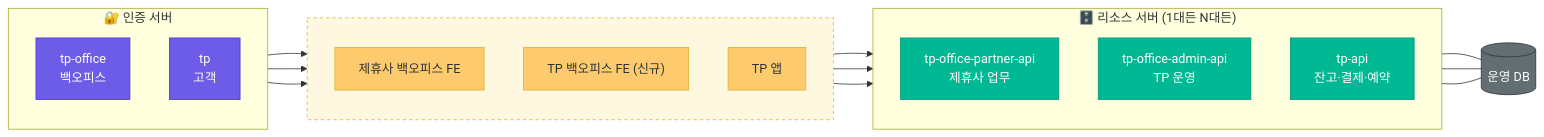
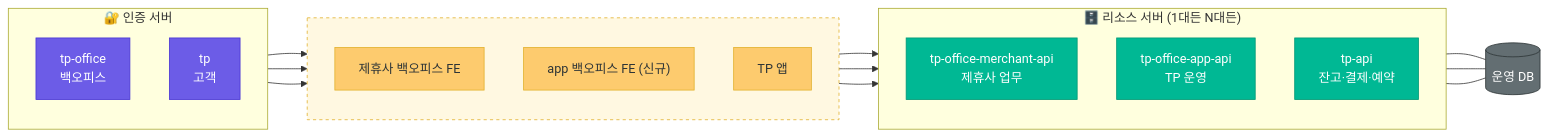
The fourth of 4 diagrams in docs/architecture-overview.md (crosshub-poc-backoffice/travelpass-backoffice-BE), drawn with Mermaid before and after one commit. The commit also changed other lines of this file and 17 other files, not shown here.

````diff
--- a/docs/architecture-overview.md
+++ b/docs/architecture-overview.md
@@ -201,38 +201,38 @@
 ```mermaid
 flowchart LR
   subgraph KC["🔐 인증 서버"]
     direction TB
     R1["tp-office<br/>백오피스"]
     R2["tp<br/>고객"]
   end
   subgraph CL[" "]
     direction TB
     PFE["제휴사 백오피스 FE"]
-    TFE["TP 백오피스 FE (신규)"]
+    TFE["app 백오피스 FE (신규)"]
     APP["TP 앱"]
   end
   subgraph RS["🗄️ 리소스 서버 (1대든 N대든)"]
     direction TB
-    PAPI["tp-office-partner-api<br/>제휴사 업무"]
-    OAPI["tp-office-admin-api<br/>TP 운영"]
+    PAPI["tp-office-merchant-api<br/>제휴사 업무"]
+    OAPI["tp-office-app-api<br/>TP 운영"]
     TAPI["tp-api<br/>잔고·결제·예약"]
   end
   DB[("운영 DB")]
 
   R1 --> PFE --> PAPI
   R1 --> TFE --> OAPI
   R2 --> APP --> TAPI
   PAPI --- DB
   OAPI --- DB
   TAPI --- DB
 
   classDef auth fill:#6C5CE7,stroke:#4834d4,color:#fff
   classDef app fill:#FDCB6E,stroke:#e1b12c,color:#2d3436
   classDef rs fill:#00B894,stroke:#019875,color:#fff
   classDef db fill:#636e72,stroke:#2d3436,color:#fff
   class R1,R2 auth
   class PFE,TFE,APP app
   class PAPI,OAPI,TAPI rs
   class DB db
   style CL fill:#fff8e1,stroke:#e1b12c,stroke-dasharray:4
 ```
````
